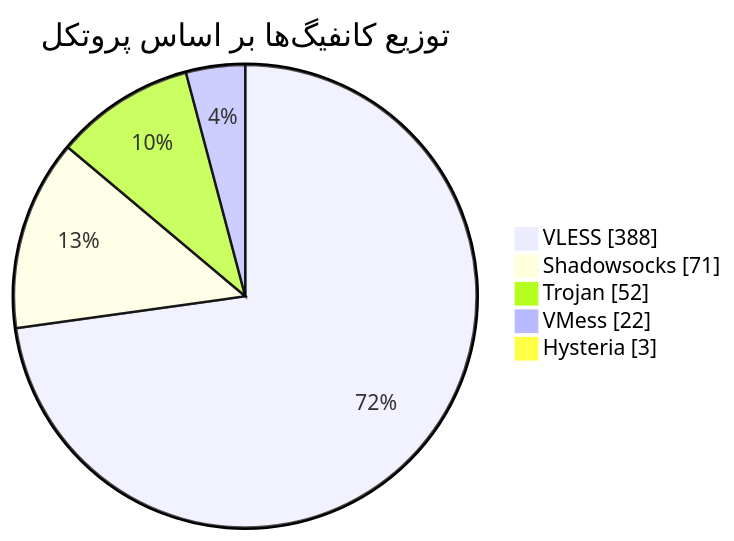
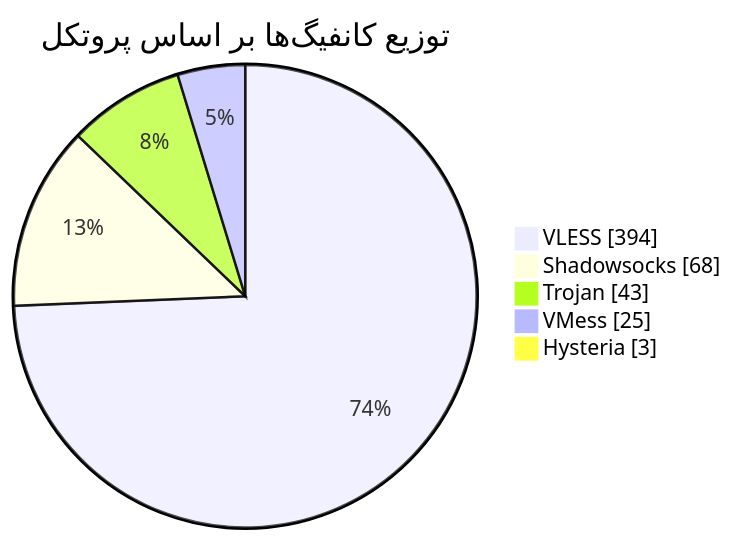
Before and after one commit to Arian-Alijani/Somthing: the diagram in README.md, drawn with Mermaid. The commit also changed other lines of this file and 77 other files, not shown here.

````diff
--- a/README.md
+++ b/README.md
@@ -47,9 +47,9 @@
 ```mermaid
 pie showData
     title توزیع کانفیگ‌ها بر اساس پروتکل
-    "VLESS" : 388
-    "Shadowsocks" : 71
-    "Trojan" : 52
-    "VMess" : 22
+    "VLESS" : 394
+    "Shadowsocks" : 68
+    "Trojan" : 43
+    "VMess" : 25
     "Hysteria" : 3
 ```
````
